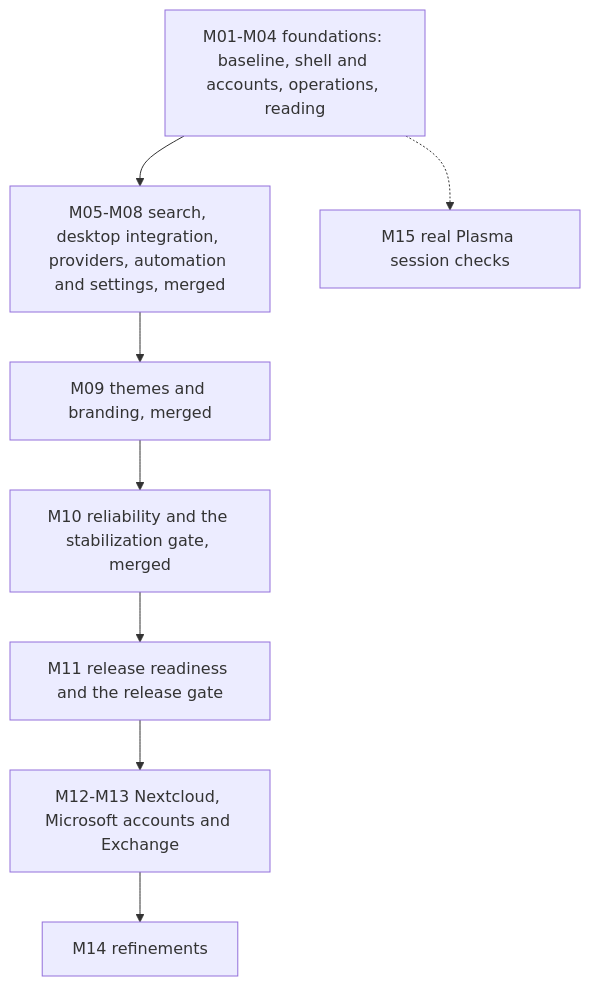
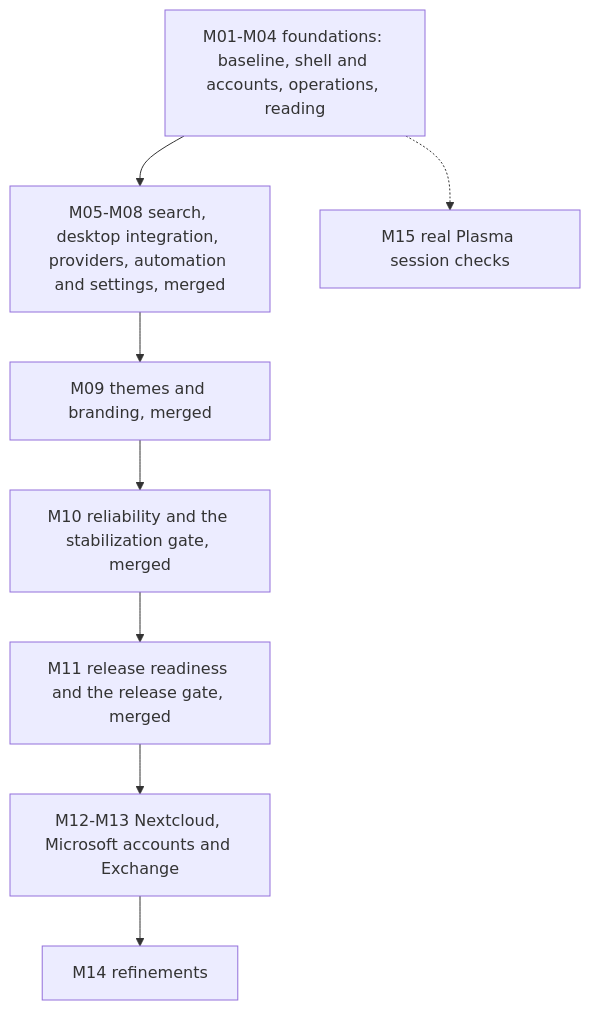
The diagram in README.md (mikepadiernos/plasma-impresario), drawn with Mermaid before and after one commit. The commit also changed other lines of this file and 2 other files, not shown here.

First line of the commit message:
docs: mark M11 merged in PR #513

````diff
--- a/README.md
+++ b/README.md
@@ -870,10 +870,10 @@
 ```mermaid
 flowchart TD
     A[M01-M04 foundations: baseline, shell and accounts, operations, reading] --> B[M05-M08 search, desktop integration, providers, automation and settings, merged]
     B --> C[M09 themes and branding, merged]
     C --> D[M10 reliability and the stabilization gate, merged]
-    D --> H[M11 release readiness and the release gate]
+    D --> H[M11 release readiness and the release gate, merged]
     H --> E[M12-M13 Nextcloud, Microsoft accounts and Exchange]
     E --> F[M14 refinements]
     A -.-> G[M15 real Plasma session checks]
 ```
````
